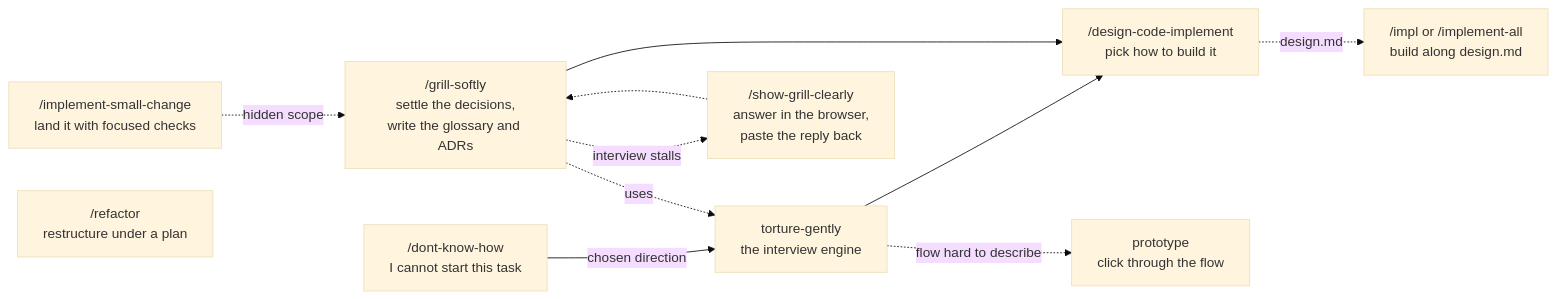
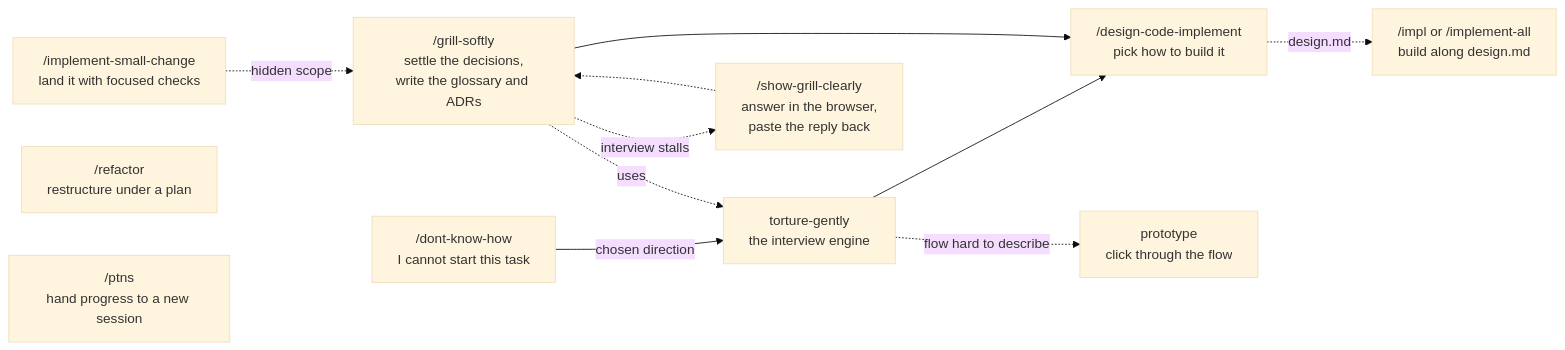
One commit to GUOJIE-HONG/skills changed the diagram in README.md. Above: the diagram before and after it, drawn with Mermaid (base theme). The commit also changed other lines of this file and 1 other file, not shown here.

First line of the commit message:
docs: README 改為只保留流程圖，移除各 skill 說明與前置需求表

````diff
--- a/README.md
+++ b/README.md
@@ -68,15 +59,16 @@
 ```mermaid
 flowchart LR
     A["/dont-know-how<br/>I cannot start this task"] -->|"chosen direction"| F["torture-gently<br/>the interview engine"]
     F --> C
     F -. flow hard to describe .-> P["prototype<br/>click through the flow"]
     B["/grill-softly<br/>settle the decisions,<br/>write the glossary and ADRs"]
     B --> C["/design-code-implement<br/>pick how to build it"]
     D["/implement-small-change<br/>land it with focused checks"]
     R["/refactor<br/>restructure under a plan"]
+    H["/ptns<br/>hand progress to a new session"]
     C -.->|"design.md"| G["/impl or /implement-all<br/>build along design.md"]
     B -. interview stalls .-> E["/show-grill-clearly<br/>answer in the browser,<br/>paste the reply back"]
     E -.-> B
     B -. uses .-> F
     D -. hidden scope .-> B
 ```
````
